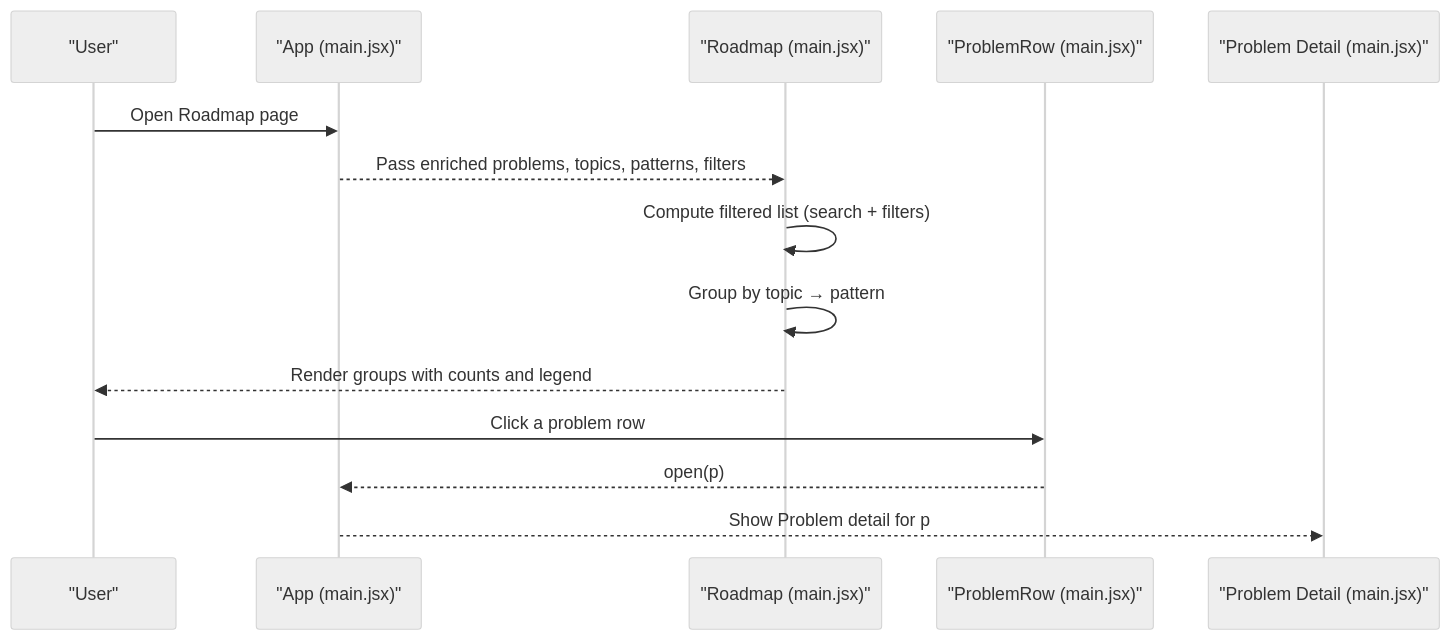
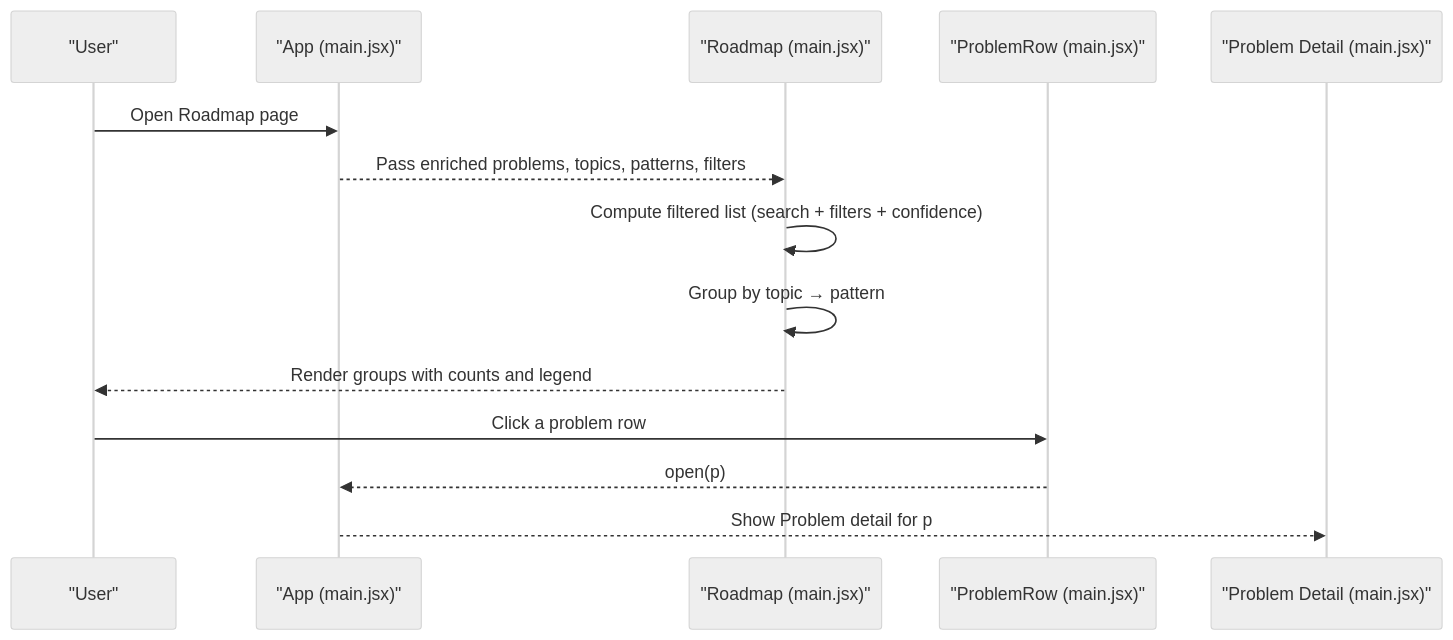
One commit to iamrituraj/DSA-Tracker changed the second of 9 diagrams in .qoder/repowiki/en/content/Frontend Application/Roadmap Component.md. Above: the diagram before and after it, drawn with Mermaid (neutral theme). The commit also changed other lines of this file and 34 other files, not shown here.

````diff
--- a/.qoder/repowiki/en/content/Frontend Application/Roadmap Component.md
+++ b/.qoder/repowiki/en/content/Frontend Application/Roadmap Component.md
@@ -74,16 +82,16 @@
 ```mermaid
 sequenceDiagram
 participant U as "User"
 participant App as "App (main.jsx)"
 participant RM as "Roadmap (main.jsx)"
 participant PR as "ProblemRow (main.jsx)"
 participant Det as "Problem Detail (main.jsx)"
 U->>App : Open Roadmap page
 App-->>RM : Pass enriched problems, topics, patterns, filters
-RM->>RM : Compute filtered list (search + filters)
+RM->>RM : Compute filtered list (search + filters + confidence)
 RM->>RM : Group by topic → pattern
 RM-->>U : Render groups with counts and legend
 U->>PR : Click a problem row
 PR-->>App : open(p)
 App-->>Det : Show Problem detail for p
 ```
````
